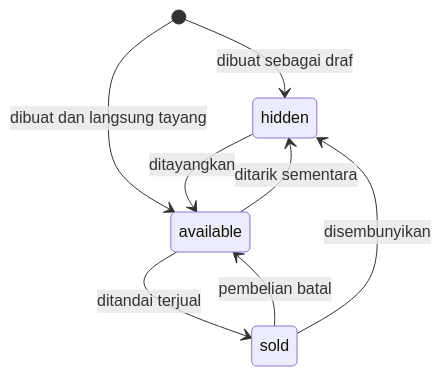
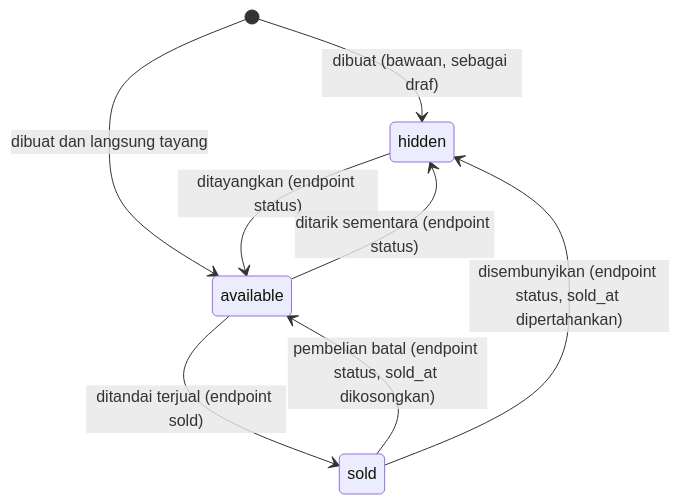
The second of 2 diagrams in docs/erd.md (hilptra/pakelagi-api), drawn with Mermaid before and after one commit. The commit also changed other lines of this file and 2 other files, not shown here.

````diff
--- a/docs/erd.md
+++ b/docs/erd.md
@@ -166,10 +190,10 @@
 ```mermaid
 stateDiagram-v2
-    [*] --> hidden: dibuat sebagai draf
+    [*] --> hidden: dibuat (bawaan, sebagai draf)
     [*] --> available: dibuat dan langsung tayang
-    hidden --> available: ditayangkan
-    available --> hidden: ditarik sementara
-    available --> sold: ditandai terjual
-    sold --> available: pembelian batal
-    sold --> hidden: disembunyikan
+    hidden --> available: ditayangkan (endpoint status)
+    available --> hidden: ditarik sementara (endpoint status)
+    available --> sold: ditandai terjual (endpoint sold)
+    sold --> available: pembelian batal (endpoint status, sold_at dikosongkan)
+    sold --> hidden: disembunyikan (endpoint status, sold_at dipertahankan)
 ```
````
